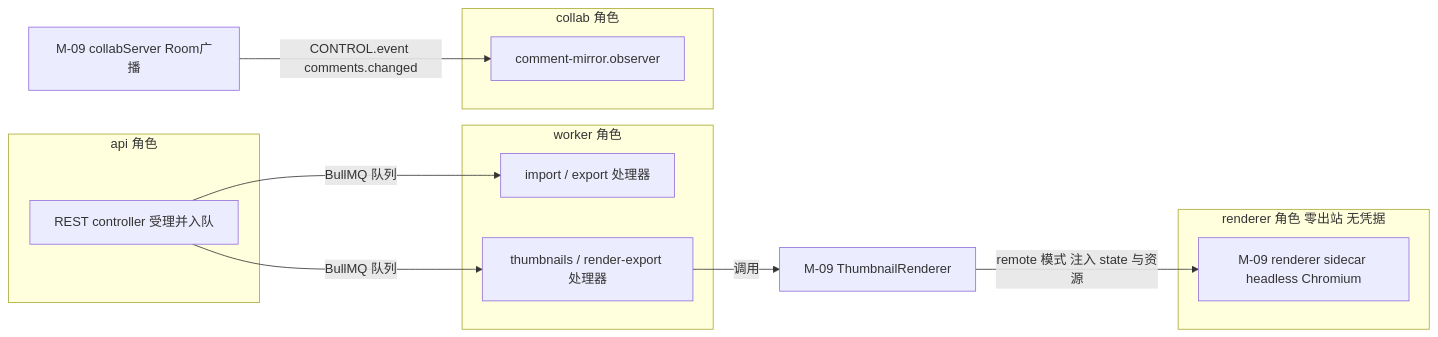
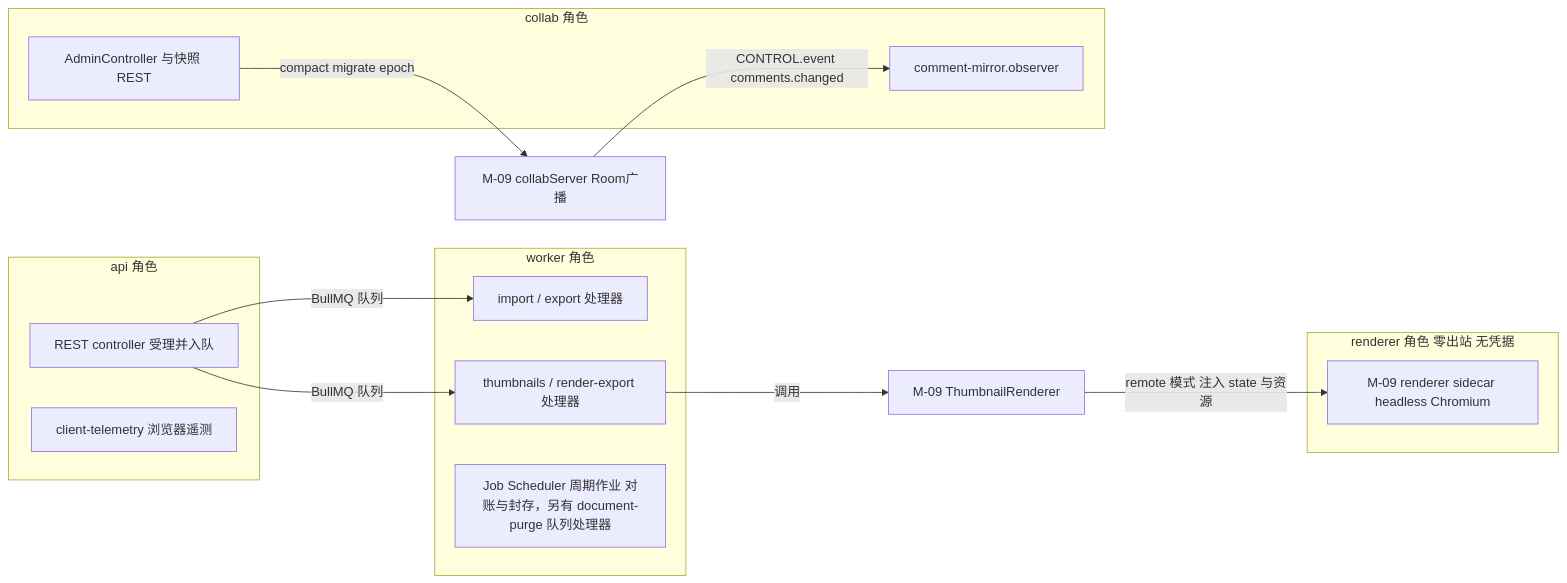
Before and after one commit to Xeonice/cordis-ppt-editor: the ninth of 9 diagrams in docs/40-modules/12-server-jobs-comments-and-ops.md, drawn with Mermaid. The commit also changed other lines of this file and 22 other files, not shown here.

First line of the commit message:
docs(modules): 新增架构图集 18/19，补图并按 §4.18 回写模块设计线

````diff
--- a/docs/40-modules/12-server-jobs-comments-and-ops.md
+++ b/docs/40-modules/12-server-jobs-comments-and-ops.md
@@ -784,23 +995,27 @@
 ```mermaid
 flowchart LR
 subgraph apiRole["api 角色"]
   restCtl["REST controller 受理并入队"]
+  telemetryCtl["client-telemetry 浏览器遥测"]
 end
 subgraph workerRole["worker 角色"]
   importProc["import / export 处理器"]
   thumbProc["thumbnails / render-export 处理器"]
+  cronJobs["Job Scheduler 周期作业 对账与封存，另有 document-purge 队列处理器"]
 end
 subgraph collabRole["collab 角色"]
   mirrorObs["comment-mirror.observer"]
+  adminCtl["AdminController 与快照 REST"]
 end
 m09Collab["M-09 collabServer Room广播"]
 subgraph rendererRole["renderer 角色 零出站 无凭据"]
   m09Sidecar["M-09 renderer sidecar headless Chromium"]
 end
 m09Renderer["M-09 ThumbnailRenderer"]
 restCtl -- "BullMQ 队列" --> importProc
 restCtl -- "BullMQ 队列" --> thumbProc
 thumbProc -- "调用" --> m09Renderer
 m09Renderer -- "remote 模式 注入 state 与资源" --> m09Sidecar
 m09Collab -- "CONTROL.event comments.changed" --> mirrorObs
+adminCtl -- "compact migrate epoch" --> m09Collab
 ```
````
